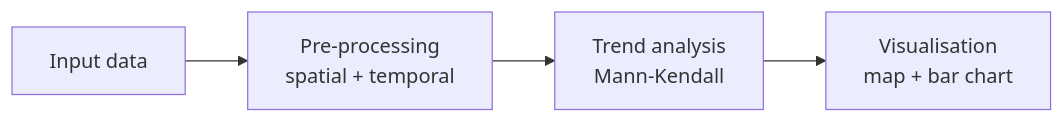
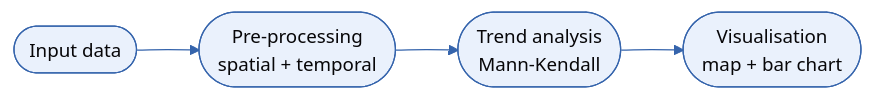
One commit to Mehrad1994/AquaINFRA_Training_Handbooks changed the diagram in docs/trainings/gulf-of-riga/06_workflow_concept.md. Above: the diagram before and after it, drawn with Mermaid. The commit also changed other lines of this file and 9 other files, not shown here.

First line of the commit message:
Workflow diagram headings/styling, fix reference nav, justify text, refine intro box

````diff
--- a/docs/trainings/gulf-of-riga/06_workflow_concept.md
+++ b/docs/trainings/gulf-of-riga/06_workflow_concept.md
@@ -18,6 +20,7 @@
 ```mermaid
+%%{init: {'theme':'base','themeVariables':{'primaryColor':'#eaf1fc','primaryBorderColor':'#3564ac','primaryTextColor':'#070608','lineColor':'#3564ac','fontFamily':'Inter, system-ui, sans-serif','fontSize':'15px'}}}%%
 flowchart LR
-    A[Input data] --> B[Pre-processing<br/>spatial + temporal]
-    B --> C[Trend analysis<br/>Mann-Kendall]
-    C --> D[Visualisation<br/>map + bar chart]
+    A([Input data]) --> B([Pre-processing<br/>spatial + temporal])
+    B --> C([Trend analysis<br/>Mann-Kendall])
+    C --> D([Visualisation<br/>map + bar chart])
 ```
````
